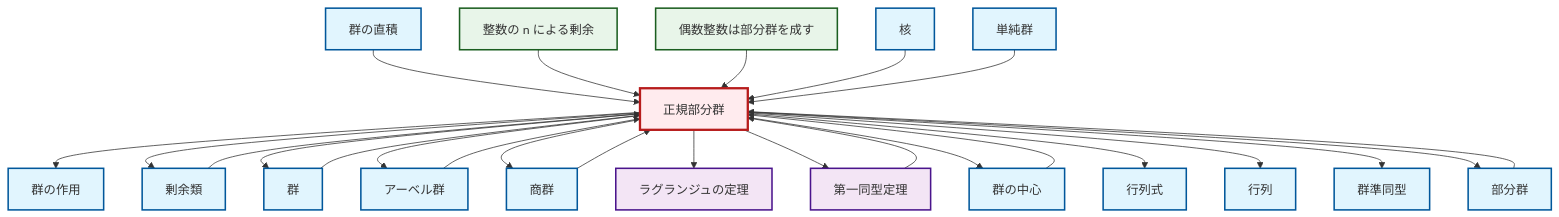
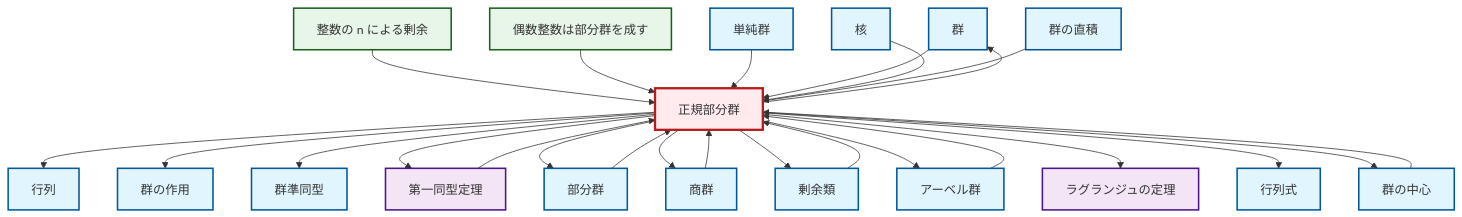
Before and after one commit to RK0429/ModernMath: the diagram in output/mermaid/ja/def-normal-subgroup.mermaid, drawn with Mermaid. The commit also changed other lines of this file and 3321 other files, not shown here.

```diff
--- a/output/mermaid/ja/def-normal-subgroup.mermaid
+++ b/output/mermaid/ja/def-normal-subgroup.mermaid
@@ -1,49 +1,49 @@
 graph TD
     classDef definition fill:#e1f5fe,stroke:#01579b,stroke-width:2px
     classDef theorem fill:#f3e5f5,stroke:#4a148c,stroke-width:2px
     classDef axiom fill:#fff3e0,stroke:#e65100,stroke-width:2px
     classDef example fill:#e8f5e9,stroke:#1b5e20,stroke-width:2px
     classDef current fill:#ffebee,stroke:#b71c1c,stroke-width:3px
+    def-group["群"]:::definition
+    def-abelian-group["アーベル群"]:::definition
+    def-determinant["行列式"]:::definition
+    def-simple-group["単純群"]:::definition
+    def-direct-product["群の直積"]:::definition
+    def-homomorphism["群準同型"]:::definition
+    thm-first-isomorphism["第一同型定理"]:::theorem
     ex-quotient-integers-mod-n["整数の n による剰余"]:::example
-    def-determinant["行列式"]:::definition
+    def-kernel["核"]:::definition
+    def-matrix["行列"]:::definition
+    ex-even-integers-subgroup["偶数整数は部分群を成す"]:::example
+    def-subgroup["部分群"]:::definition
+    def-quotient-group["商群"]:::definition
+    def-coset["剰余類"]:::definition
+    def-group-action["群の作用"]:::definition
     thm-lagrange["ラグランジュの定理"]:::theorem
-    def-direct-product["群の直積"]:::definition
-    def-group["群"]:::definition
-    ex-even-integers-subgroup["偶数整数は部分群を成す"]:::example
-    def-abelian-group["アーベル群"]:::definition
-    def-group-action["群の作用"]:::definition
-    def-subgroup["部分群"]:::definition
-    def-kernel["核"]:::definition
-    thm-first-isomorphism["第一同型定理"]:::theorem
-    def-coset["剰余類"]:::definition
-    def-homomorphism["群準同型"]:::definition
+    def-normal-subgroup["正規部分群"]:::definition
     def-center-of-group["群の中心"]:::definition
-    def-matrix["行列"]:::definition
-    def-simple-group["単純群"]:::definition
-    def-normal-subgroup["正規部分群"]:::definition
-    def-quotient-group["商群"]:::definition
+    ex-quotient-integers-mod-n --> def-normal-subgroup
+    def-normal-subgroup --> def-matrix
+    def-coset --> def-normal-subgroup
+    def-center-of-group --> def-normal-subgroup
+    ex-even-integers-subgroup --> def-normal-subgroup
+    def-abelian-group --> def-normal-subgroup
     def-normal-subgroup --> def-group-action
-    def-coset --> def-normal-subgroup
+    def-quotient-group --> def-normal-subgroup
+    def-simple-group --> def-normal-subgroup
+    def-normal-subgroup --> def-group
+    def-normal-subgroup --> def-homomorphism
+    def-group --> def-normal-subgroup
     def-subgroup --> def-normal-subgroup
-    def-group --> def-normal-subgroup
+    def-kernel --> def-normal-subgroup
+    def-normal-subgroup --> thm-first-isomorphism
+    def-normal-subgroup --> def-subgroup
+    def-normal-subgroup --> def-quotient-group
+    thm-first-isomorphism --> def-normal-subgroup
     def-normal-subgroup --> def-coset
-    def-normal-subgroup --> def-group
     def-normal-subgroup --> def-abelian-group
-    def-normal-subgroup --> def-quotient-group
-    def-quotient-group --> def-normal-subgroup
     def-normal-subgroup --> thm-lagrange
-    def-abelian-group --> def-normal-subgroup
     def-direct-product --> def-normal-subgroup
-    ex-quotient-integers-mod-n --> def-normal-subgroup
-    thm-first-isomorphism --> def-normal-subgroup
-    ex-even-integers-subgroup --> def-normal-subgroup
-    def-normal-subgroup --> thm-first-isomorphism
-    def-kernel --> def-normal-subgroup
+    def-normal-subgroup --> def-determinant
     def-normal-subgroup --> def-center-of-group
-    def-simple-group --> def-normal-subgroup
-    def-normal-subgroup --> def-determinant
-    def-normal-subgroup --> def-matrix
-    def-center-of-group --> def-normal-subgroup
-    def-normal-subgroup --> def-homomorphism
-    def-normal-subgroup --> def-subgroup
     class def-normal-subgroup current
```
